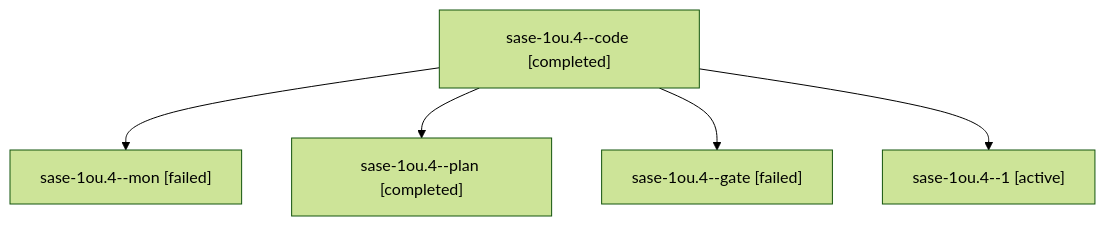
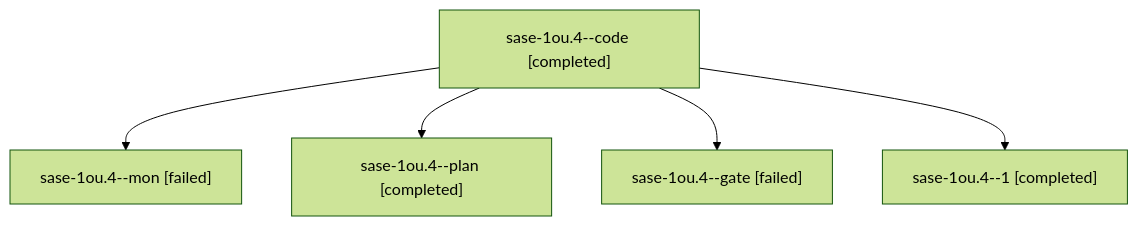
One commit to sase-org/sase--agents changed the diagram in sessions/bbugyi200.athena.sase-1ou.4.md. Above: the diagram before and after it, drawn with Mermaid (forest theme). The commit also changed other lines of this file and 71 other files, not shown here.

````diff
--- a/sessions/bbugyi200.athena.sase-1ou.4.md
+++ b/sessions/bbugyi200.athena.sase-1ou.4.md
@@ -9,12 +9,12 @@
 ```mermaid
 flowchart TD
   n0["sase-1ou.4--code [completed]"]
   n1["sase-1ou.4--mon [failed]"]
   n0 --> n1
   n2["sase-1ou.4--plan [completed]"]
   n0 --> n2
   n3["sase-1ou.4--gate [failed]"]
   n0 --> n3
-  n4["sase-1ou.4--1 [active]"]
+  n4["sase-1ou.4--1 [completed]"]
   n0 --> n4
 ```
````
